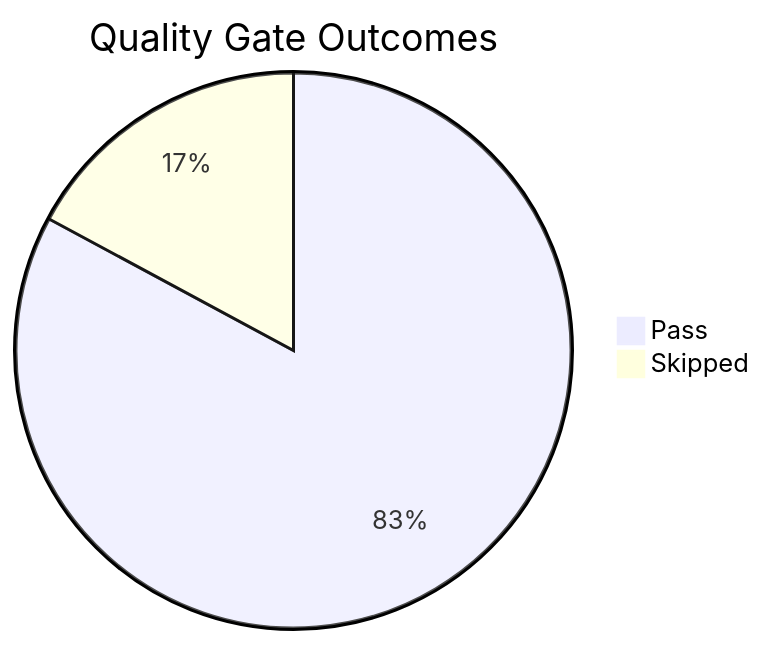
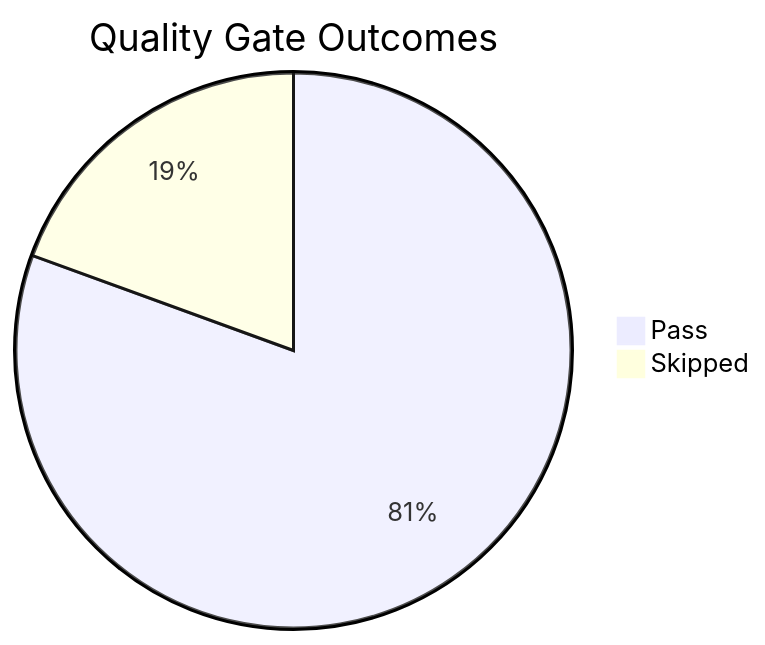
One commit to yeongseon/azure-app-service-practical-guide changed the diagram in docs/meta/golden-status.md. Above: the diagram before and after it, drawn with Mermaid. The commit also changed other lines of this file and 1 other file, not shown here.

````diff
--- a/docs/meta/golden-status.md
+++ b/docs/meta/golden-status.md
@@ -42,5 +42,5 @@
 ```mermaid
 pie title Quality Gate Outcomes
     "Pass" : 29
-    "Skipped" : 6
+    "Skipped" : 7
 ```
````
